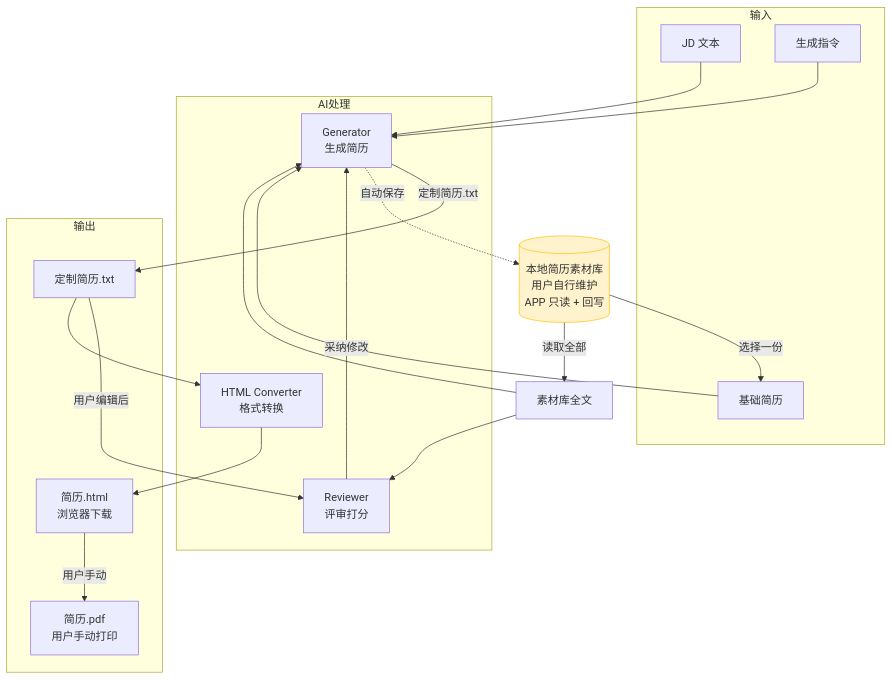
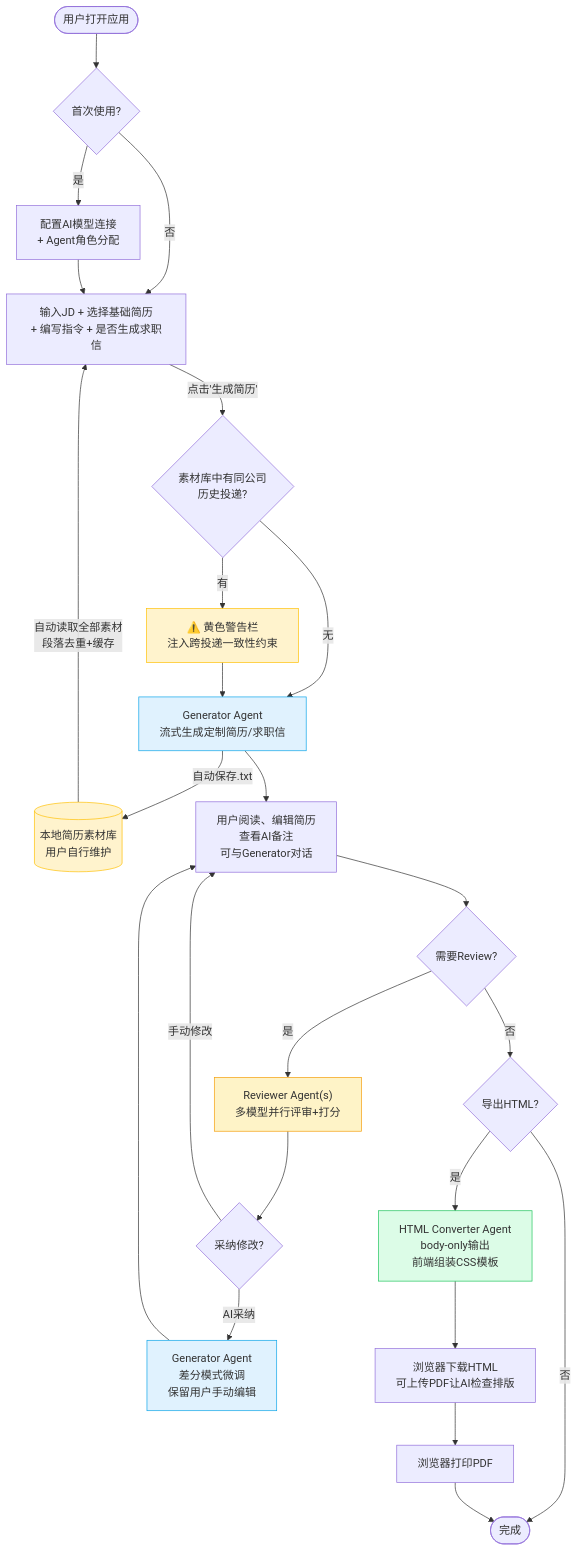
One commit to wukun2005-gif/resumeTailor changed the third of 8 diagrams in README.md. Above: the diagram before and after it, drawn with Mermaid. The commit also changed other lines of this file and 5 other files, not shown here.

````diff
--- a/README.md
+++ b/README.md
@@ -201,39 +216,45 @@
 ```mermaid
 flowchart TD
-    subgraph 输入
-        JD[JD 文本]
-        BASE[基础简历]
-        INST[生成指令]
-    end
+    START([用户打开应用]) --> CONFIG{首次使用?}
+    CONFIG -->|是| SETTINGS["配置AI模型连接<br/>+ Agent角色分配"]
+    CONFIG -->|否| INPUT
+    SETTINGS --> INPUT
 
-    LIB[(本地简历素材库<br/>用户自行维护<br/>APP 只读 + 回写)] -->|选择一份| BASE
-    LIB -->|读取全部| ALL[素材库全文]
+    LIB[(本地简历素材库<br/>用户自行维护)] -->|自动读取全部素材<br/>段落去重+缓存| INPUT
+    INPUT["输入JD + 选择基础简历<br/>+ 编写指令 + 是否生成求职信"]
+    INPUT -->|点击'生成简历'| CONSIST
 
-    subgraph AI处理
-        GEN[Generator<br/>生成简历]
-        REV[Reviewer<br/>评审打分]
-        HTML_GEN[HTML Converter<br/>格式转换]
-    end
+    CONSIST{"素材库中有同公司<br/>历史投递?"}
+    CONSIST -->|有| WARN["⚠️ 黄色警告栏<br/>注入跨投递一致性约束"]
+    CONSIST -->|无| GEN
+    WARN --> GEN
 
-    JD --> GEN
-    BASE --> GEN
-    ALL --> GEN
-    INST --> GEN
-    GEN -->|定制简历.txt| TXT
-    GEN -.->|自动保存| LIB
-    TXT -->|用户编辑后| REV
-    ALL --> REV
-    REV -->|采纳修改| GEN
-    TXT --> HTML_GEN
+    GEN["Generator Agent<br/>流式生成定制简历/求职信"]
+    GEN -->|自动保存.txt| LIB
+    GEN --> EDIT["用户阅读、编辑简历<br/>查看AI备注<br/>可与Generator对话"]
+    EDIT --> REVIEW_Q{需要Review?}
 
-    subgraph 输出
-        TXT[定制简历.txt]
-        HTML_FILE[简历.html<br/>浏览器下载]
-        PDF[简历.pdf<br/>用户手动打印]
-    end
+    REVIEW_Q -->|是| REVIEW["Reviewer Agent(s)<br/>多模型并行评审+打分"]
+    REVIEW_Q -->|否| HTML_Q
 
-    HTML_GEN --> HTML_FILE
-    HTML_FILE -->|用户手动| PDF
+    REVIEW --> APPLY_Q{"采纳修改?"}
+    APPLY_Q -->|AI采纳| APPLY["Generator Agent<br/>差分模式微调<br/>保留用户手动编辑"]
+    APPLY_Q -->|手动修改| EDIT
+
+    APPLY --> EDIT
+
+    HTML_Q{导出HTML?}
+    HTML_Q -->|是| HTML["HTML Converter Agent<br/>body-only输出<br/>前端组装CSS模板"]
+    HTML_Q -->|否| DONE
+
+    HTML --> DOWNLOAD["浏览器下载HTML<br/>可上传PDF让AI检查排版"]
+    DOWNLOAD --> PDF["浏览器打印PDF"]
+    PDF --> DONE([完成])
 
     style LIB fill:#fff3cd,stroke:#ffc107
+    style WARN fill:#fff3cd,stroke:#ffc107
+    style GEN fill:#e0f2fe,stroke:#0ea5e9
+    style REVIEW fill:#fef3c7,stroke:#f59e0b
+    style APPLY fill:#e0f2fe,stroke:#0ea5e9
+    style HTML fill:#dcfce7,stroke:#22c55e
 ```
````
